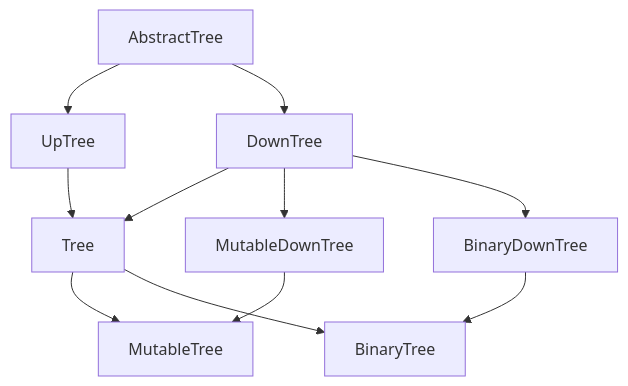
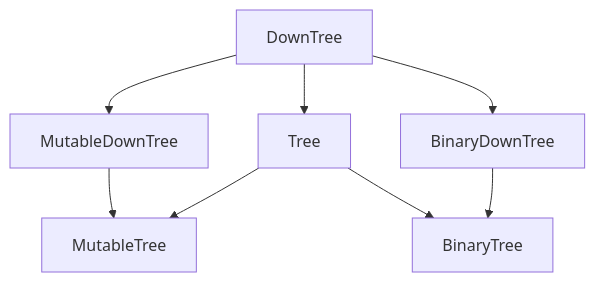
Before and after one commit to lverweijen/AbstractTree: the diagram in README.md, drawn with Mermaid. The commit also changed other lines of this file and 1 other file, not shown here.

Commit message:
Don't export UpTree by default

````diff
--- a/README.md
+++ b/README.md
@@ -13,24 +13,19 @@
 ```mermaid
 graph TD;
-AbstractTree[AbstractTree];
-UpTree[UpTree];
 Tree[Tree];
 MutableTree[MutableTree];
 DownTree[DownTree];
 Tree[Tree];
 MutableTree[MutableTree];
 MutableDownTree[MutableDownTree];
 MutableTree[MutableTree];
-BinaryDownTree[BinaryDownTree]
-BinaryTree[BinaryTree]
-AbstractTree-->UpTree;
-UpTree-->Tree;
+BinaryDownTree[BinaryDownTree];
+BinaryTree[BinaryTree];
 Tree-->MutableTree;
-AbstractTree-->DownTree;
 DownTree-->Tree;
 DownTree-->MutableDownTree;
 MutableDownTree-->MutableTree;
-DownTree-->BinaryDownTree
-BinaryDownTree-->BinaryTree
-Tree-->BinaryTree
+DownTree-->BinaryDownTree;
+BinaryDownTree-->BinaryTree;
+Tree-->BinaryTree;
 ```
````
